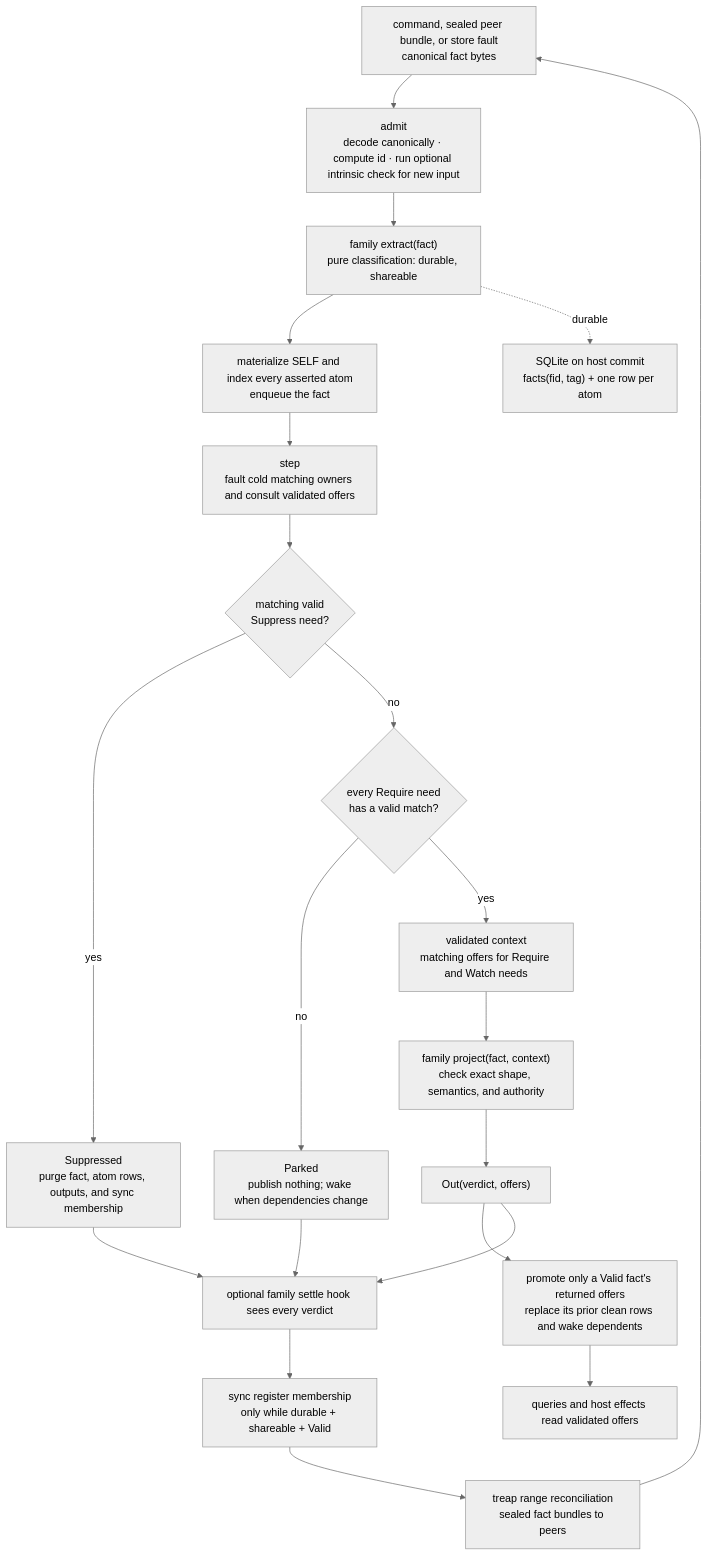
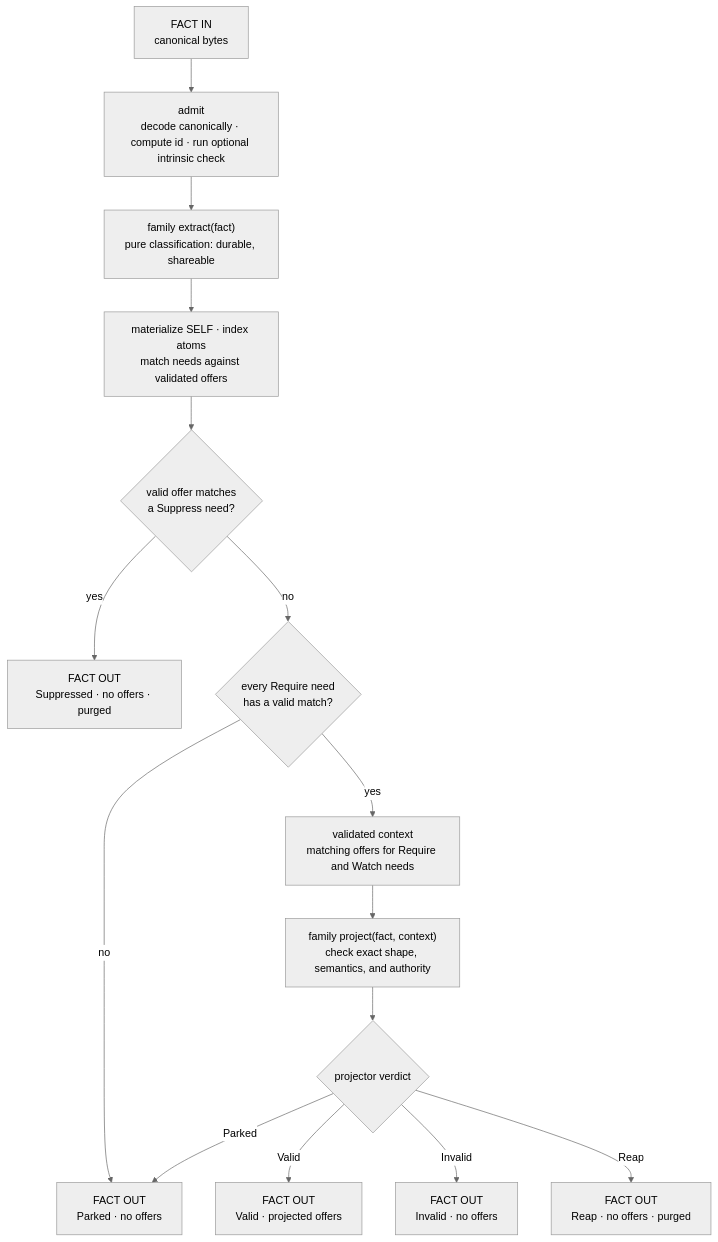
One commit to holmesworcester/poc-13 changed the diagram in README.md. Above: the diagram before and after it, drawn with Mermaid (neutral theme). The commit also changed other lines of this file, not shown here.

Commit message:
docs: focus diagram on fact evaluation

````diff
--- a/README.md
+++ b/README.md
@@ -86,23 +87,17 @@
 ```mermaid
 flowchart TB
-    I["command, sealed peer bundle, or store fault<br/>canonical fact bytes"] --> A["admit<br/>decode canonically · compute id · run optional intrinsic check for new input"]
+    I["FACT IN<br/>canonical bytes"] --> A["admit<br/>decode canonically · compute id · run optional intrinsic check"]
     A --> X["family extract(fact)<br/>pure classification: durable, shareable"]
-    X --> R["materialize SELF and index every asserted atom<br/>enqueue the fact"]
-    X -. "durable" .-> S["SQLite on host commit<br/>facts(fid, tag) + one row per atom"]
-    R --> E["step<br/>fault cold matching owners and consult validated offers"]
-    E --> D{"matching valid<br/>Suppress need?"}
-    D -- yes --> Z["Suppressed<br/>purge fact, atom rows, outputs, and sync membership"]
+    X --> M["materialize SELF · index atoms<br/>match needs against validated offers"]
+    M --> D{"valid offer matches<br/>a Suppress need?"}
+    D -- yes --> Z["FACT OUT<br/>Suppressed · no offers · purged"]
     D -- no --> Q{"every Require need<br/>has a valid match?"}
-    Q -- no --> K["Parked<br/>publish nothing; wake when dependencies change"]
+    Q -- no --> K["FACT OUT<br/>Parked · no offers"]
     Q -- yes --> C["validated context<br/>matching offers for Require and Watch needs"]
     C --> P["family project(fact, context)<br/>check exact shape, semantics, and authority"]
-    P --> O["Out(verdict, offers)"]
-    O --> V["promote only a Valid fact's returned offers<br/>replace its prior clean rows and wake dependents"]
-    O --> T["optional family settle hook sees every verdict"]
-    K --> T
-    Z --> T
-    T --> Y["sync register membership<br/>only while durable + shareable + Valid"]
-    V --> U["queries and host effects read validated offers"]
-    Y --> G["treap range reconciliation<br/>sealed fact bundles to peers"]
-    G --> I
+    P --> O{"projector verdict"}
+    O -- Valid --> V["FACT OUT<br/>Valid · projected offers"]
+    O -- Parked --> K
+    O -- Invalid --> N["FACT OUT<br/>Invalid · no offers"]
+    O -- Reap --> R["FACT OUT<br/>Reap · no offers · purged"]
 ```
````
